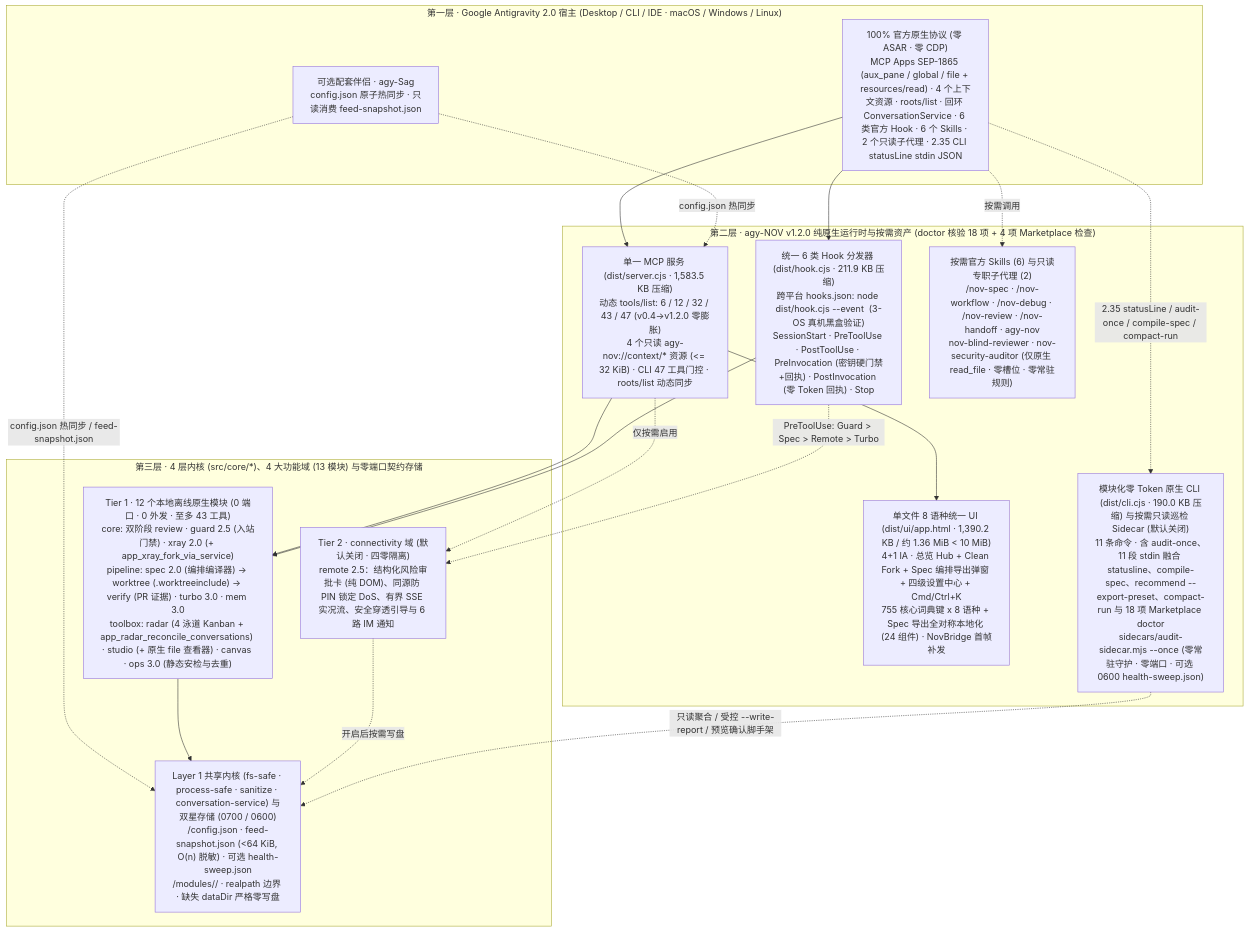
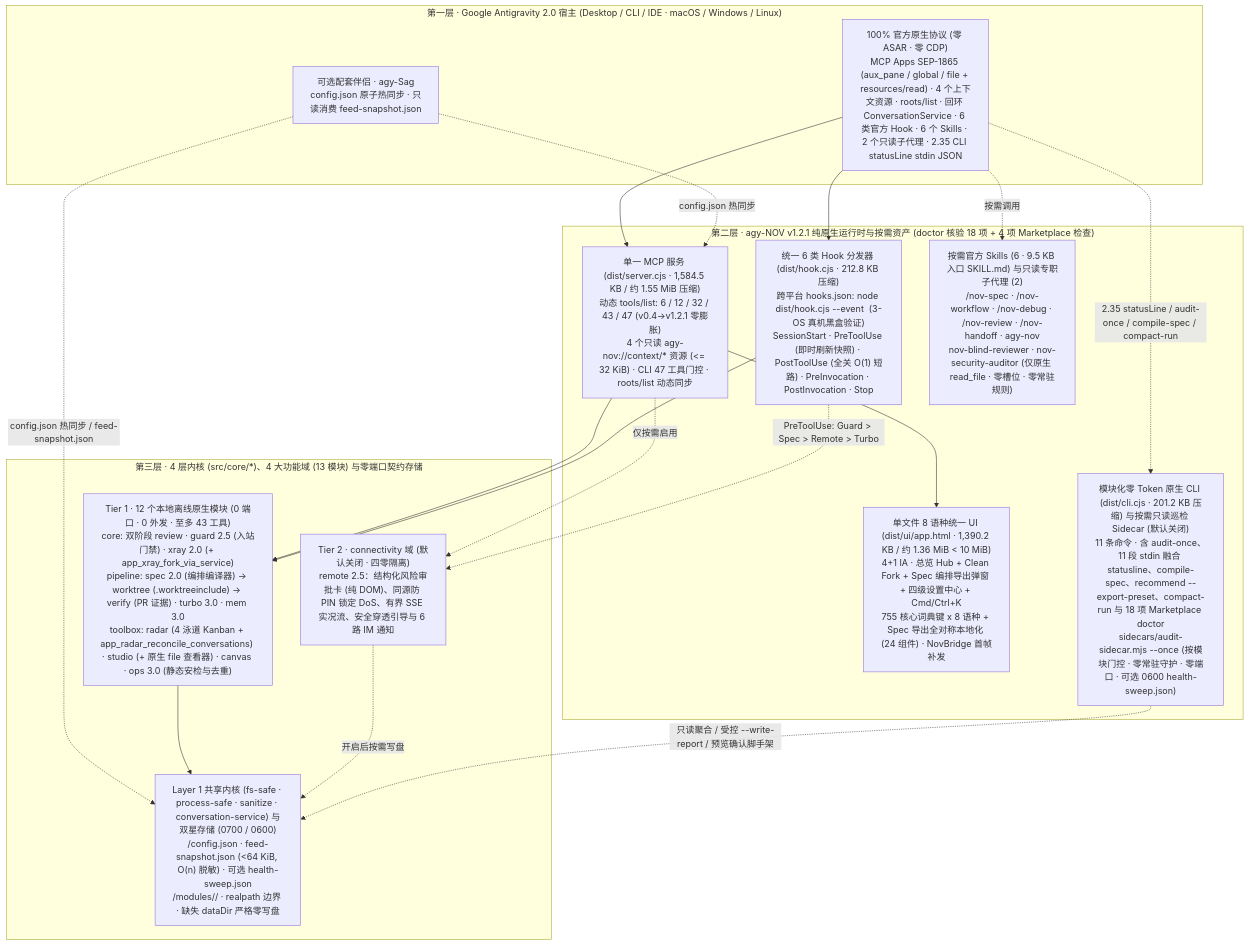
Before and after one commit to tone-leh/agy-NOV: the diagram in docs/i18n/README.zh-CN.md, drawn with Mermaid. The commit also changed other lines of this file and 34 other files, not shown here.

Commit message:
fix(v1.2.1): dual-star feed consistency, disabled-module write gates, sidecar toggles & SKILL slimming

````diff
--- a/docs/i18n/README.zh-CN.md
+++ b/docs/i18n/README.zh-CN.md
@@ -279,36 +286,36 @@
 ```mermaid
 flowchart TB
   subgraph L1["第一层 · Google Antigravity 2.0 宿主 (Desktop / CLI / IDE · macOS / Windows / Linux)"]
     Host["100% 官方原生协议 (零 ASAR · 零 CDP)\nMCP Apps SEP-1865 (aux_pane / global / file + resources/read) · 4 个上下文资源 · roots/list · 回环 ConversationService · 6 类官方 Hook · 6 个 Skills · 2 个只读子代理 · 2.35 CLI statusLine stdin JSON"]
     Sag["可选配套伴侣 · agy-Sag\nconfig.json 原子热同步 · 只读消费 feed-snapshot.json"]
   end
 
-  subgraph L2["第二层 · agy-NOV v1.2.0 纯原生运行时与按需资产 (doctor 核验 18 项 + 4 项 Marketplace 检查)"]
-    MCP["单一 MCP 服务 (dist/server.cjs · 1,583.5 KB 压缩)\n动态 tools/list: 6 / 12 / 32 / 43 / 47 (v0.4->v1.2.0 零膨胀)\n4 个只读 agy-nov://context/* 资源 (<= 32 KiB) · CLI 47 工具门控 · roots/list 动态同步"]
-    Hook["统一 6 类 Hook 分发器 (dist/hook.cjs · 211.9 KB 压缩)\n跨平台 hooks.json: node dist/hook.cjs --event <Event> (3-OS 真机黑盒验证)\nSessionStart · PreToolUse · PostToolUse · PreInvocation (密钥硬门禁+回执) · PostInvocation (零 Token 回执) · Stop"]
+  subgraph L2["第二层 · agy-NOV v1.2.1 纯原生运行时与按需资产 (doctor 核验 18 项 + 4 项 Marketplace 检查)"]
+    MCP["单一 MCP 服务 (dist/server.cjs · 1,584.5 KB / 约 1.55 MiB 压缩)\n动态 tools/list: 6 / 12 / 32 / 43 / 47 (v0.4->v1.2.1 零膨胀)\n4 个只读 agy-nov://context/* 资源 (<= 32 KiB) · CLI 47 工具门控 · roots/list 动态同步"]
+    Hook["统一 6 类 Hook 分发器 (dist/hook.cjs · 212.8 KB 压缩)\n跨平台 hooks.json: node dist/hook.cjs --event <Event> (3-OS 真机黑盒验证)\nSessionStart · PreToolUse (即时刷新快照) · PostToolUse (全关 O(1) 短路) · PreInvocation · PostInvocation · Stop"]
     UI["单文件 8 语种统一 UI (dist/ui/app.html · 1,390.2 KB / 约 1.36 MiB < 10 MiB)\n4+1 IA · 总览 Hub + Clean Fork + Spec 编排导出弹窗 + 四级设置中心 + Cmd/Ctrl+K\n755 核心词典键 x 8 语种 + Spec 导出全对称本地化 (24 组件) · NovBridge 首帧补发"]
-    Playbooks["按需官方 Skills (6) 与只读专职子代理 (2)\n/nov-spec · /nov-workflow · /nov-debug · /nov-review · /nov-handoff · agy-nov\nnov-blind-reviewer · nov-security-auditor (仅原生 read_file · 零槽位 · 零常驻规则)"]
-    CLI["模块化零 Token 原生 CLI (dist/cli.cjs · 190.0 KB 压缩) 与按需只读巡检 Sidecar (默认关闭)\n11 条命令 · 含 audit-once、11 段 stdin 融合 statusline、compile-spec、recommend --export-preset、compact-run 与 18 项 Marketplace doctor\nsidecars/audit-sidecar.mjs --once (零常驻守护 · 零端口 · 可选 0600 health-sweep.json)"]
+    Playbooks["按需官方 Skills (6 · 9.5 KB 入口 SKILL.md) 与只读专职子代理 (2)\n/nov-spec · /nov-workflow · /nov-debug · /nov-review · /nov-handoff · agy-nov\nnov-blind-reviewer · nov-security-auditor (仅原生 read_file · 零槽位 · 零常驻规则)"]
+    CLI["模块化零 Token 原生 CLI (dist/cli.cjs · 201.2 KB 压缩) 与按需只读巡检 Sidecar (默认关闭)\n11 条命令 · 含 audit-once、11 段 stdin 融合 statusline、compile-spec、recommend --export-preset、compact-run 与 18 项 Marketplace doctor\nsidecars/audit-sidecar.mjs --once (按模块门控 · 零常驻守护 · 零端口 · 可选 0600 health-sweep.json)"]
   end
 
   subgraph L3["第三层 · 4 层内核 (src/core/*)、4 大功能域 (13 模块) 与零端口契约存储"]
     T1["Tier 1 · 12 个本地离线原生模块 (0 端口 · 0 外发 · 至多 43 工具)\ncore: 双阶段 review · guard 2.5 (入站门禁) · xray 2.0 (+ app_xray_fork_via_service)\npipeline: spec 2.0 (编排编译器) -> worktree (.worktreeinclude) -> verify (PR 证据) · turbo 3.0 · mem 3.0\ntoolbox: radar (4 泳道 Kanban + app_radar_reconcile_conversations) · studio (+ 原生 file 查看器) · canvas · ops 3.0 (静态安检与去重)"]
     T2R["Tier 2 · connectivity 域 (默认关闭 · 四零隔离)\nremote 2.5：结构化风险审批卡 (纯 DOM)、同源防 PIN 锁定 DoS、有界 SSE 实况流、安全穿透引导与 6 路 IM 通知"]
     Store["Layer 1 共享内核 (fs-safe · process-safe · sanitize · conversation-service) 与双星存储 (0700 / 0600)\n<dataDir>/config.json · feed-snapshot.json (<64 KiB, O(n) 脱敏) · 可选 health-sweep.json\n<dataDir>/modules/<id>/ · realpath 边界 · 缺失 dataDir 严格零写盘"]
   end
 
   Host --> MCP
   Host --> Hook
   Host -. "按需调用" .-> Playbooks
   Host -. "2.35 statusLine / audit-once / compile-spec / compact-run" .-> CLI
   Sag -. "config.json 热同步 / feed-snapshot.json" .-> Store
   Sag -. "config.json 热同步" .-> MCP
   MCP --> UI
   MCP --> T1
   MCP -. "仅按需启用" .-> T2R
   Hook --> T1
   Hook -. "PreToolUse: Guard > Spec > Remote > Turbo" .-> T2R
   T1 --> Store
   T2R -. "开启后按需写盘" .-> Store
   CLI -. "只读聚合 / 受控 --write-report / 预览确认脚手架" .-> Store
 ```
````
